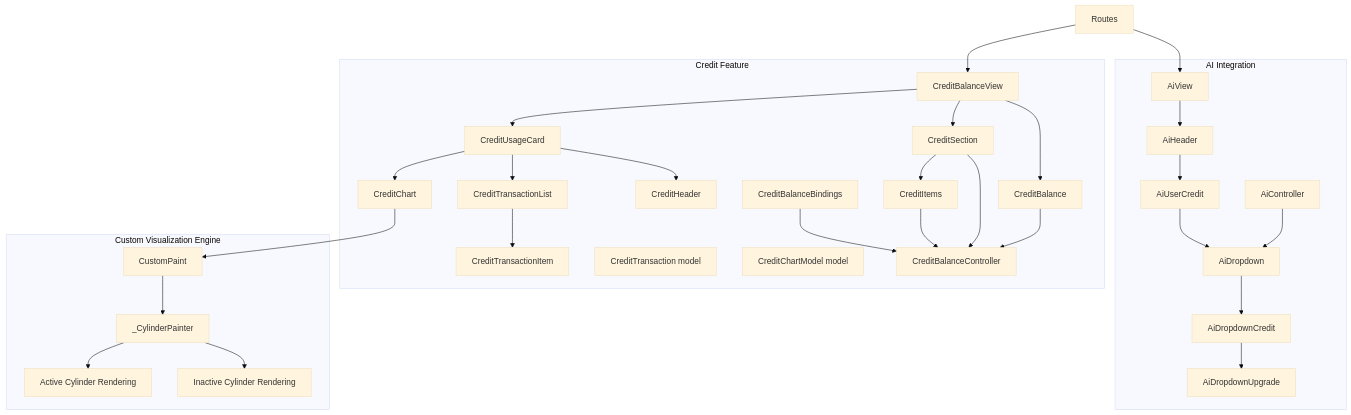
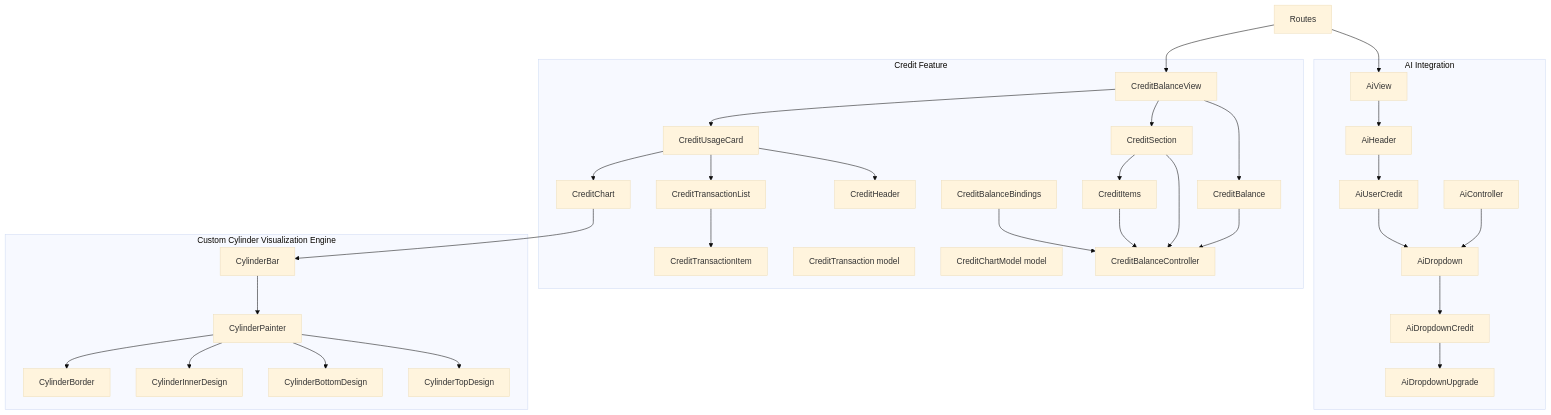
One commit to Ariful3111/FurniGo changed the first of 15 diagrams in .qoder/repowiki/en/content/Core Features/User Profile Management/Credit Balance System.md. Above: the diagram before and after it, drawn with Mermaid (base theme). The commit also changed other lines of this file and 10 other files, not shown here.

````diff
--- a/.qoder/repowiki/en/content/Core Features/User Profile Management/Credit Balance System.md
+++ b/.qoder/repowiki/en/content/Core Features/User Profile Management/Credit Balance System.md
@@ -57,57 +66,61 @@
 ```mermaid
 graph TB
 subgraph "Credit Feature"
 V["CreditBalanceView"]
 W1["CreditBalance"]
 W2["CreditSection"]
 W3["CreditItems"]
 W4["CreditUsageCard"]
 W5["CreditHeader"]
 W6["CreditChart"]
 W7["CreditTransactionList"]
 W8["CreditTransactionItem"]
 M1["CreditTransaction model"]
 M2["CreditChartModel model"]
 C["CreditBalanceController"]
 B["CreditBalanceBindings"]
 end
 subgraph "AI Integration"
 AIC["AiController"]
 AID["AiDropdown"]
 AIDC["AiDropdownCredit"]
 AIDU["AiDropdownUpgrade"]
 AICredit["AiUserCredit"]
 AIH["AiHeader"]
 AIV["AiView"]
 end
-subgraph "Custom Visualization Engine"
-CP["CustomPaint"]
-CPA["_CylinderPainter"]
-CA["Active Cylinder Rendering"]
-CI["Inactive Cylinder Rendering"]
+subgraph "Custom Cylinder Visualization Engine"
+CB["CylinderBar"]
+CP["CylinderPainter"]
+CBD["CylinderBorder"]
+CBI["CylinderInnerDesign"]
+CBB["CylinderBottomDesign"]
+CBT["CylinderTopDesign"]
 end
 R["Routes"] --> V
 R --> AIV
 V --> W1
 V --> W2
 V --> W4
 W2 --> W3
 W4 --> W5
 W4 --> W6
 W4 --> W7
 W7 --> W8
 W1 --> C
 W2 --> C
 W3 --> C
 B --> C
 AIC --> AID
 AID --> AIDC
 AIDC --> AIDU
 AICredit --> AID
 AIH --> AICredit
 AIV --> AIH
-W6 --> CP
-CP --> CPA
-CPA --> CA
-CPA --> CI
+W6 --> CB
+CB --> CP
+CP --> CBD
+CP --> CBI
+CP --> CBB
+CP --> CBT
 ```
````
